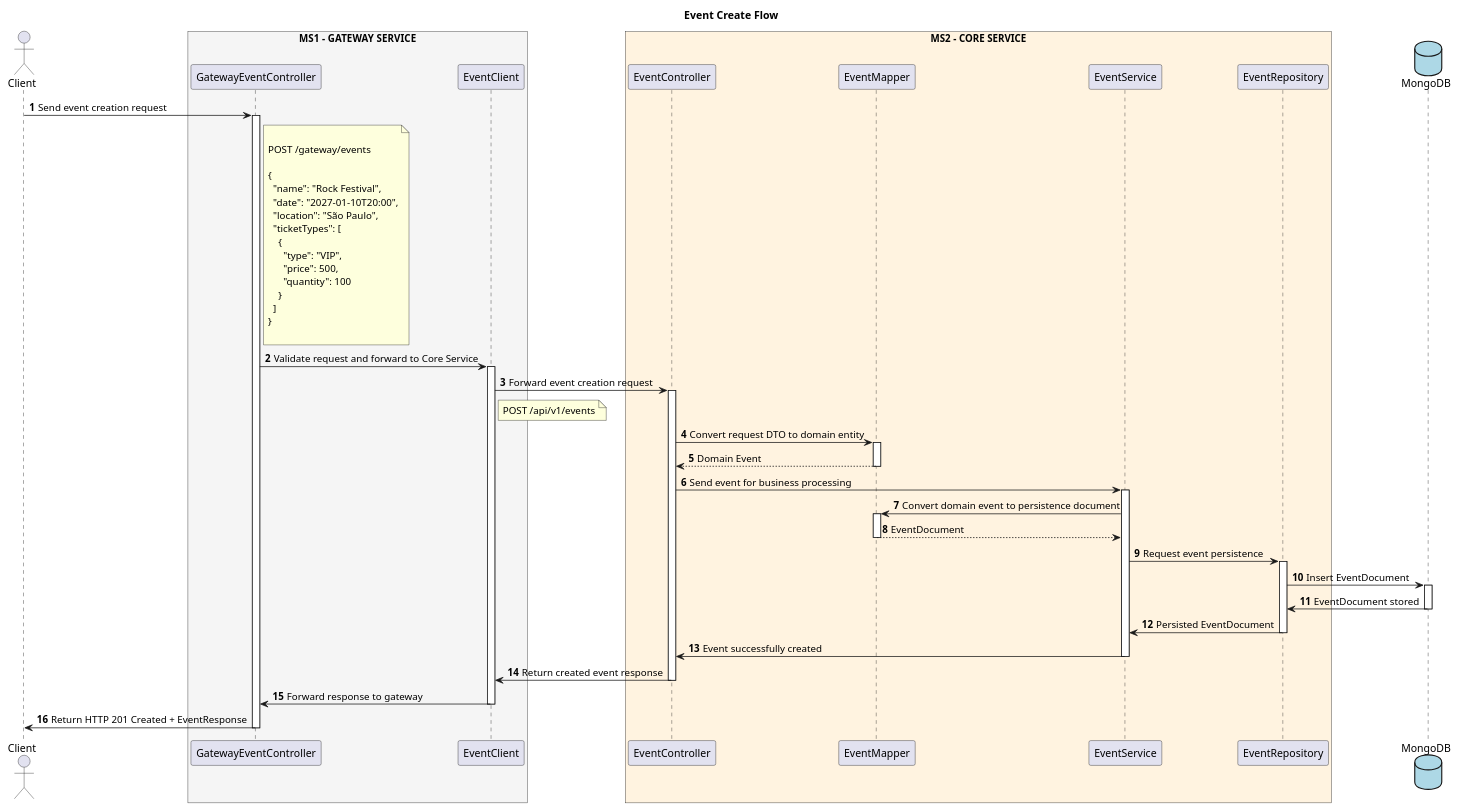
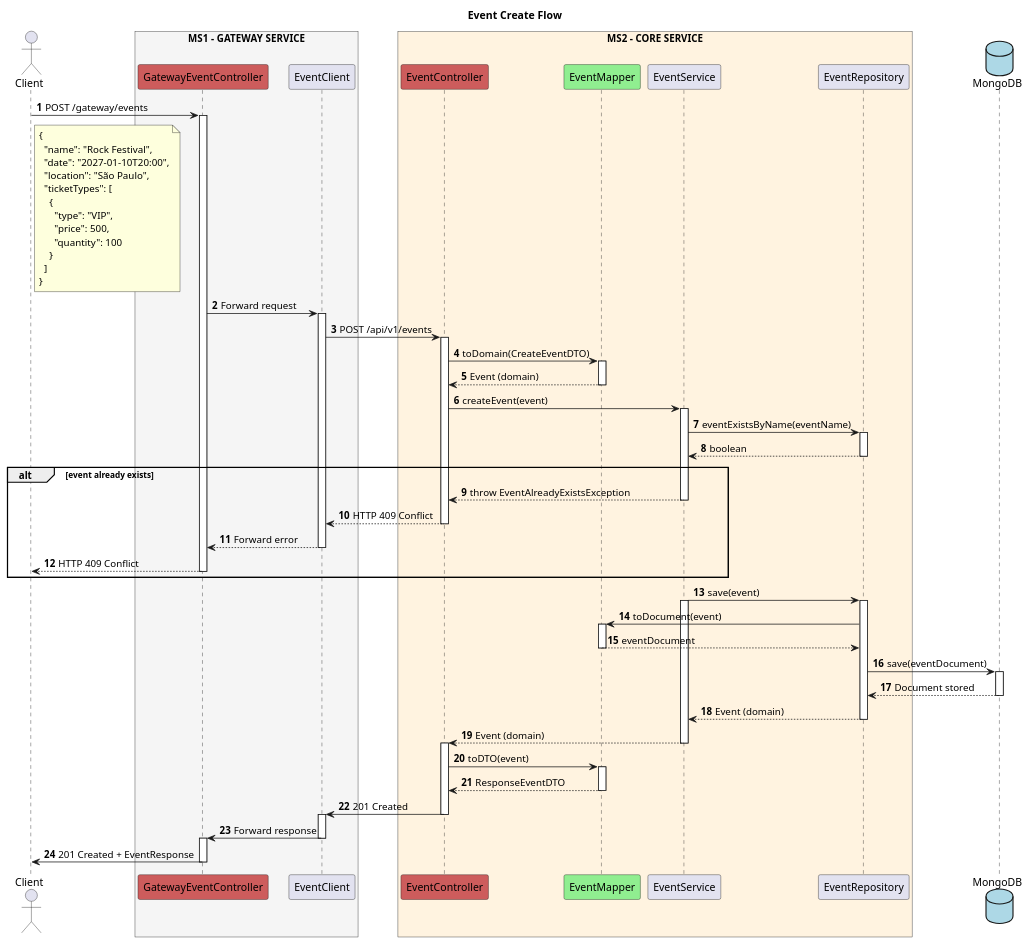
Before and after one commit to 0xJotave/EventManager: the diagram in docs/plantUML/event-create-flow.puml, drawn with PlantUML.

Commit message:
docs: update sequence diagram to reflect business logic flow

```diff
--- a/docs/plantUML/event-create-flow.puml
+++ b/docs/plantUML/event-create-flow.puml
@@ -1,96 +1,121 @@
 @startuml
 
 title Event Create Flow
 autonumber
 
 ' ==== DEFINITIONS ====
 actor "Client" as Client
 
 box "MS1 - GATEWAY SERVICE" #F5F5F5
-    participant "GatewayEventController" as GatewayController
-    participant "EventClient" as EventWC
+    participant "GatewayEventController" as GatewayController #IndianRed
+    participant "EventClient" as EventClient
 endbox
 
 box "MS2 - CORE SERVICE" #FFF3E0
-    participant "EventController" as Controller
-    participant "EventMapper" as Mapper
+    participant "EventController" as Controller #IndianRed
+    participant "EventMapper" as Mapper #LightGreen
     participant "EventService" as Service
     participant "EventRepository" as Repository
 endbox
 
 database "MongoDB" as DB #LightBlue
 
 ' ==== ACTIONS ====
 
-' ==== GOING ====
+' --- MS1: GATEWAY SERVICE ---
+Client -> GatewayController : POST /gateway/events
 
-' --- MS1: GATEWAY SERVICE ---
-Client -> GatewayController : Send event creation request
-activate GatewayController
-
-note right of GatewayController
-
-POST /gateway/events
-
+note right of Client
 {
   "name": "Rock Festival",
   "date": "2027-01-10T20:00",
   "location": "São Paulo",
   "ticketTypes": [
     {
       "type": "VIP",
       "price": 500,
       "quantity": 100
     }
   ]
 }
-
 end note
 
-GatewayController -> EventWC : Validate request and forward to Core Service
-activate EventWC
-EventWC -> Controller : Forward event creation request
-note right of EventWC: POST /api/v1/events
+activate GatewayController
+
+GatewayController -> EventClient : Forward request
+activate EventClient
+
+EventClient -> Controller : POST /api/v1/events
+activate Controller
+
+' --- MS2: CORE SERVICE (Internal Logic) ---
+
+' -- APPLICATION LAYER --
+Controller -> Mapper: toDomain(CreateEventDTO)
+activate Mapper
+Mapper --> Controller: Event (domain)
+deactivate Mapper
+
+Controller -> Service: createEvent(event)
+activate Service
+
+' -- DOMAIN LOGIC --
+Service -> Repository: eventExistsByName(eventName)
+activate Repository
+Repository --> Service: boolean
+deactivate Repository
+
+alt event already exists
+    Service --> Controller: throw EventAlreadyExistsException
+    deactivate Service
+    Controller --> EventClient: HTTP 409 Conflict
+    deactivate Controller
+    EventClient --> GatewayController: Forward error
+    deactivate EventClient
+    GatewayController --> Client: HTTP 409 Conflict
+    deactivate GatewayController
+end
+
+Service -> Repository: save(event)
+activate Service
+activate Repository
+
+Repository -> Mapper: toDocument(event)
+activate Mapper
+Mapper --> Repository: eventDocument
+deactivate Mapper
+
+' -- INFRASTRUCTURE LAYER --
+Repository -> DB: save(eventDocument)
+activate DB
+DB --> Repository: Document stored
+deactivate DB
+
+' --- RETURN RESPONSE ---
+Repository --> Service: Event (domain)
+deactivate Repository
+
+Service --> Controller: Event (domain)
+deactivate Service
+activate Controller
 
 
-' --- MS2: CORE SERVICE ---
-activate Controller
-Controller -> Mapper: Convert request DTO to domain entity
+Controller -> Mapper: toDTO(event)
 activate Mapper
-Mapper --> Controller: Domain Event
+Mapper --> Controller: ResponseEventDTO
 deactivate Mapper
-Controller -> Service: Send event for business processing
 
-activate Service
-Service -> Mapper: Convert domain event to persistence document
-activate Mapper
-Mapper --> Service: EventDocument
-deactivate Mapper
-Service -> Repository: Request event persistence
-
-activate Repository
-Repository -> DB: Insert EventDocument
-activate DB
+Controller -> EventClient: 201 Created
+deactivate Controller
+activate EventClient
 
 
-' ==== COMING BACK ====
+' --- BACK TO GATEWAY ---
+EventClient -> GatewayController: Forward response
+deactivate EventClient
+activate GatewayController
 
-DB -> Repository: EventDocument stored
-deactivate DB
-
-Repository -> Service: Persisted EventDocument
-deactivate Repository
-
-Service -> Controller: Event successfully created
-deactivate Service
-
-Controller -> EventWC: Return created event response
-deactivate Controller
-
-EventWC -> GatewayController: Forward response to gateway
-deactivate EventWC
-
-GatewayController -> Client: Return HTTP 201 Created + EventResponse
+GatewayController -> Client: 201 Created + EventResponse
 deactivate GatewayController
 
 @enduml
```
